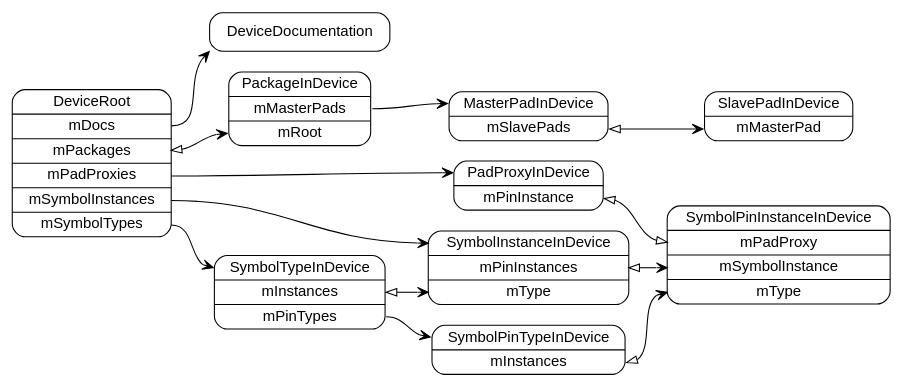
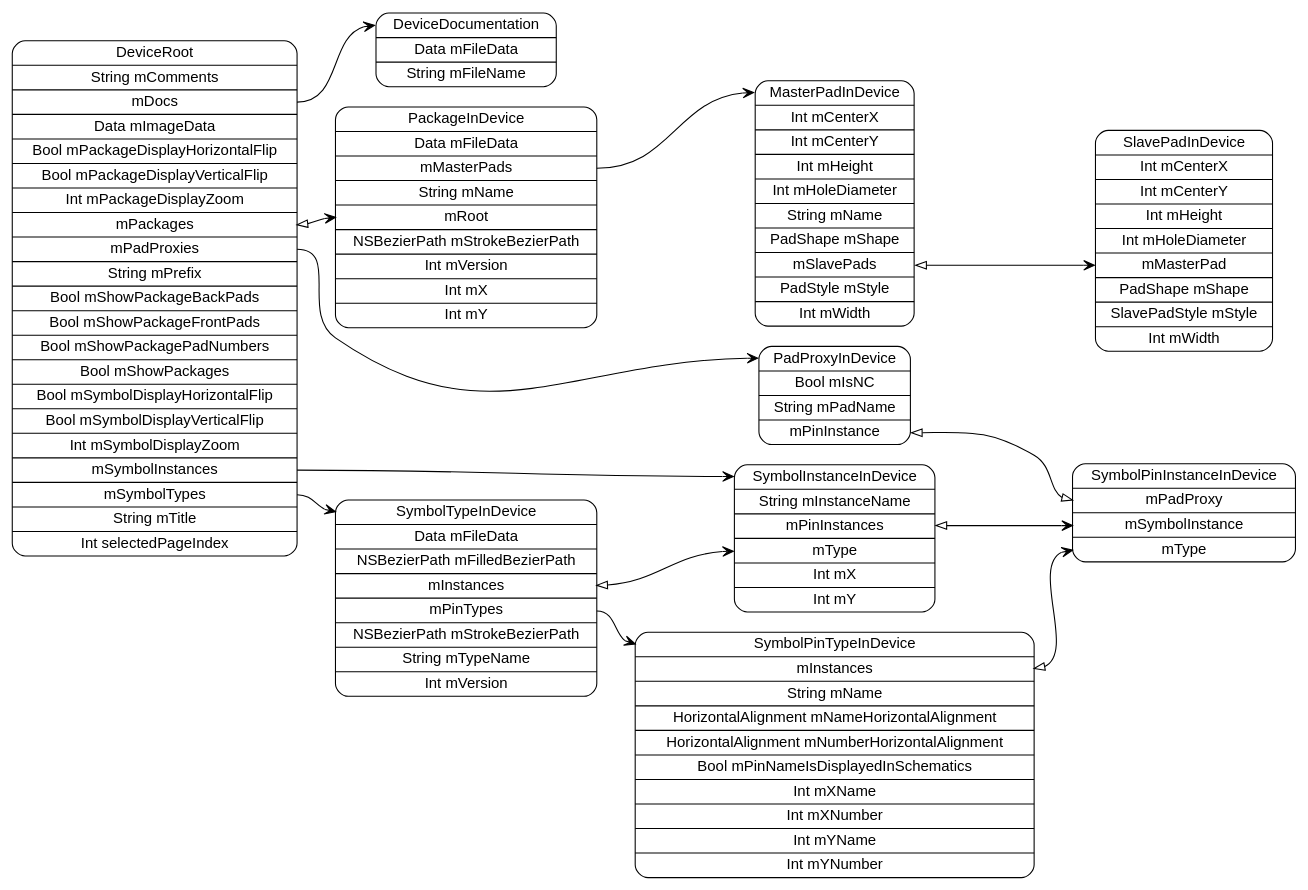
One commit to pierremolinaro/ElCanari-dev changed the diagram in models/DeviceRoot.dot. Above: the diagram before and after it, drawn with Graphviz. The commit also changed 12 other files, not shown here.

```diff
--- a/models/DeviceRoot.dot
+++ b/models/DeviceRoot.dot
@@ -1,26 +1,26 @@
 digraph G {
   rankdir=LR ;
   node [shape=record fontname=helvetica style=rounded] ;
-  DeviceRoot[label="<DeviceRoot>DeviceRoot|<mDocs>mDocs|<mPackages>mPackages|<mPadProxies>mPadProxies|<mSymbolInstances>mSymbolInstances|<mSymbolTypes>mSymbolTypes"] ;
-  SymbolTypeInDevice[label="<SymbolTypeInDevice>SymbolTypeInDevice|<mInstances>mInstances|<mPinTypes>mPinTypes"] ;
-  SymbolPinTypeInDevice[label="<SymbolPinTypeInDevice>SymbolPinTypeInDevice|<mInstances>mInstances"] ;
+  DeviceRoot[label="<DeviceRoot>DeviceRoot|String mComments|<mDocs>mDocs|Data mImageData|Bool mPackageDisplayHorizontalFlip|Bool mPackageDisplayVerticalFlip|Int mPackageDisplayZoom|<mPackages>mPackages|<mPadProxies>mPadProxies|String mPrefix|Bool mShowPackageBackPads|Bool mShowPackageFrontPads|Bool mShowPackagePadNumbers|Bool mShowPackages|Bool mSymbolDisplayHorizontalFlip|Bool mSymbolDisplayVerticalFlip|Int mSymbolDisplayZoom|<mSymbolInstances>mSymbolInstances|<mSymbolTypes>mSymbolTypes|String mTitle|Int selectedPageIndex"] ;
+  SymbolTypeInDevice[label="<SymbolTypeInDevice>SymbolTypeInDevice|Data mFileData|NSBezierPath mFilledBezierPath|<mInstances>mInstances|<mPinTypes>mPinTypes|NSBezierPath mStrokeBezierPath|String mTypeName|Int mVersion"] ;
+  SymbolPinTypeInDevice[label="<SymbolPinTypeInDevice>SymbolPinTypeInDevice|<mInstances>mInstances|String mName|HorizontalAlignment mNameHorizontalAlignment|HorizontalAlignment mNumberHorizontalAlignment|Bool mPinNameIsDisplayedInSchematics|Int mXName|Int mXNumber|Int mYName|Int mYNumber"] ;
   SymbolPinInstanceInDevice[label="<SymbolPinInstanceInDevice>SymbolPinInstanceInDevice|<mPadProxy>mPadProxy|<mSymbolInstance>mSymbolInstance|<mType>mType"] ;
-  SymbolInstanceInDevice[label="<SymbolInstanceInDevice>SymbolInstanceInDevice|<mPinInstances>mPinInstances|<mType>mType"] ;
-  PadProxyInDevice[label="<PadProxyInDevice>PadProxyInDevice|<mPinInstance>mPinInstance"] ;
-  PackageInDevice[label="<PackageInDevice>PackageInDevice|<mMasterPads>mMasterPads|<mRoot>mRoot"] ;
-  MasterPadInDevice[label="<MasterPadInDevice>MasterPadInDevice|<mSlavePads>mSlavePads"] ;
-  SlavePadInDevice[label="<SlavePadInDevice>SlavePadInDevice|<mMasterPad>mMasterPad"] ;
-  DeviceDocumentation[label="<DeviceDocumentation>DeviceDocumentation"] ;
+  SymbolInstanceInDevice[label="<SymbolInstanceInDevice>SymbolInstanceInDevice|String mInstanceName|<mPinInstances>mPinInstances|<mType>mType|Int mX|Int mY"] ;
+  PadProxyInDevice[label="<PadProxyInDevice>PadProxyInDevice|Bool mIsNC|String mPadName|<mPinInstance>mPinInstance"] ;
+  PackageInDevice[label="<PackageInDevice>PackageInDevice|Data mFileData|<mMasterPads>mMasterPads|String mName|<mRoot>mRoot|NSBezierPath mStrokeBezierPath|Int mVersion|Int mX|Int mY"] ;
+  MasterPadInDevice[label="<MasterPadInDevice>MasterPadInDevice|Int mCenterX|Int mCenterY|Int mHeight|Int mHoleDiameter|String mName|PadShape mShape|<mSlavePads>mSlavePads|PadStyle mStyle|Int mWidth"] ;
+  SlavePadInDevice[label="<SlavePadInDevice>SlavePadInDevice|Int mCenterX|Int mCenterY|Int mHeight|Int mHoleDiameter|<mMasterPad>mMasterPad|PadShape mShape|SlavePadStyle mStyle|Int mWidth"] ;
+  DeviceDocumentation[label="<DeviceDocumentation>DeviceDocumentation|Data mFileData|String mFileName"] ;
   DeviceRoot:mDocs -> DeviceDocumentation:DeviceDocumentation [dir=both arrowtail=none arrowhead=vee] ;
   DeviceRoot:mPackages -> PackageInDevice:mRoot [dir=both arrowtail=onormal arrowhead=vee] ;
   DeviceRoot:mPadProxies -> PadProxyInDevice:PadProxyInDevice [dir=both arrowtail=none arrowhead=vee] ;
   DeviceRoot:mSymbolInstances -> SymbolInstanceInDevice:SymbolInstanceInDevice [dir=both arrowtail=none arrowhead=vee] ;
   DeviceRoot:mSymbolTypes -> SymbolTypeInDevice:SymbolTypeInDevice [dir=both arrowtail=none arrowhead=vee] ;
   SymbolTypeInDevice:mInstances -> SymbolInstanceInDevice:mType [dir=both arrowtail=onormal arrowhead=vee] ;
   SymbolTypeInDevice:mPinTypes -> SymbolPinTypeInDevice:SymbolPinTypeInDevice [dir=both arrowtail=none arrowhead=vee] ;
   SymbolPinTypeInDevice:mInstances -> SymbolPinInstanceInDevice:mType [dir=both arrowtail=onormal arrowhead=vee] ;
   SymbolInstanceInDevice:mPinInstances -> SymbolPinInstanceInDevice:mSymbolInstance [dir=both arrowtail=onormal arrowhead=vee] ;
   PadProxyInDevice:mPinInstance -> SymbolPinInstanceInDevice:mPadProxy [dir=both arrowtail=onormal arrowhead=onormal] ;
   PackageInDevice:mMasterPads -> MasterPadInDevice:MasterPadInDevice [dir=both arrowtail=none arrowhead=vee] ;
   MasterPadInDevice:mSlavePads -> SlavePadInDevice:mMasterPad [dir=both arrowtail=onormal arrowhead=vee] ;
 }
```
